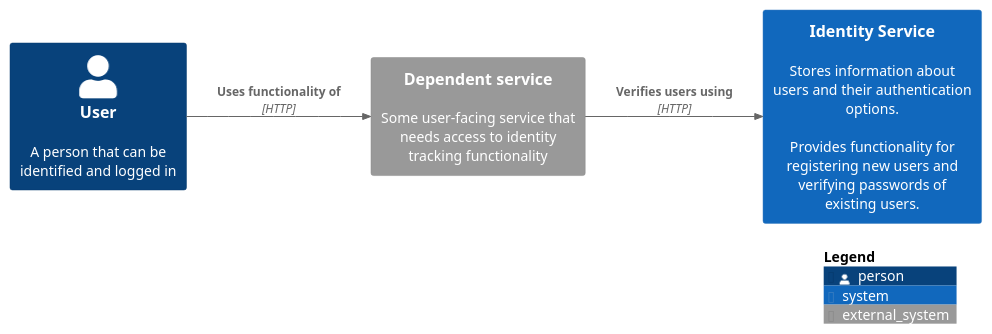
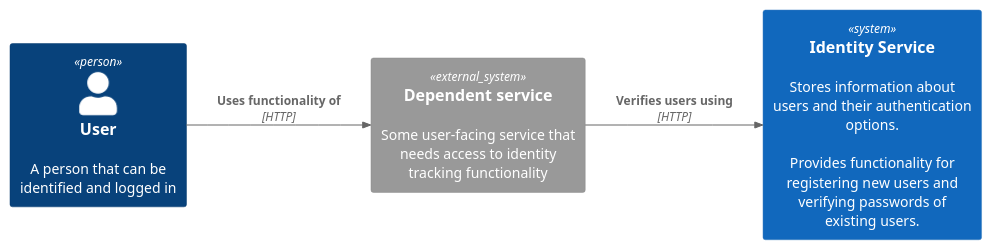
Before and after one commit to tstavinoha/testing-a2z: the diagram in docs/00-C1-Architecture.puml, drawn with PlantUML. The commit also changed 12 other files, not shown here.

Commit message:
Renamed diagram files

```diff
--- a/docs/00-C1-Architecture.puml
+++ b/docs/00-C1-Architecture.puml
@@ -1,17 +1,15 @@
 @startuml
 !include <C4/C4_Context>
 
 left to right direction
 
 Person(user, "User", "A person that can be identified and logged in")
 
 System_Ext(dependentService, "Dependent service", "Some user-facing service that needs access to identity tracking functionality")
 
 System(identityService, "Identity Service", "Stores information about users and their authentication options.\n\nProvides functionality for registering new users and verifying passwords of existing users.")
 
 Rel(user, dependentService, "Uses functionality of", "HTTP")
 Rel(dependentService, identityService, "Verifies users using", "HTTP")
 
-SHOW_LEGEND()
-
 @enduml
```
